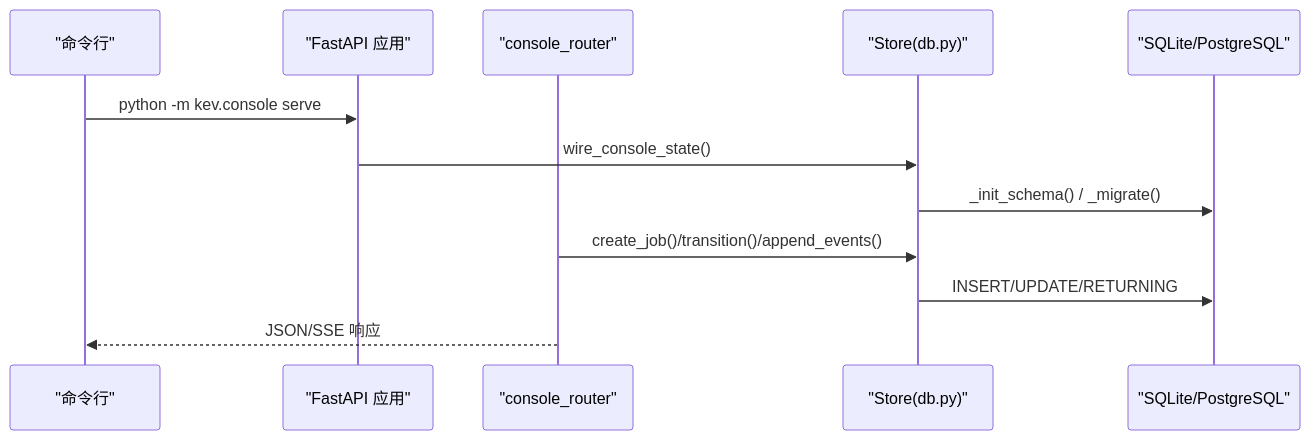
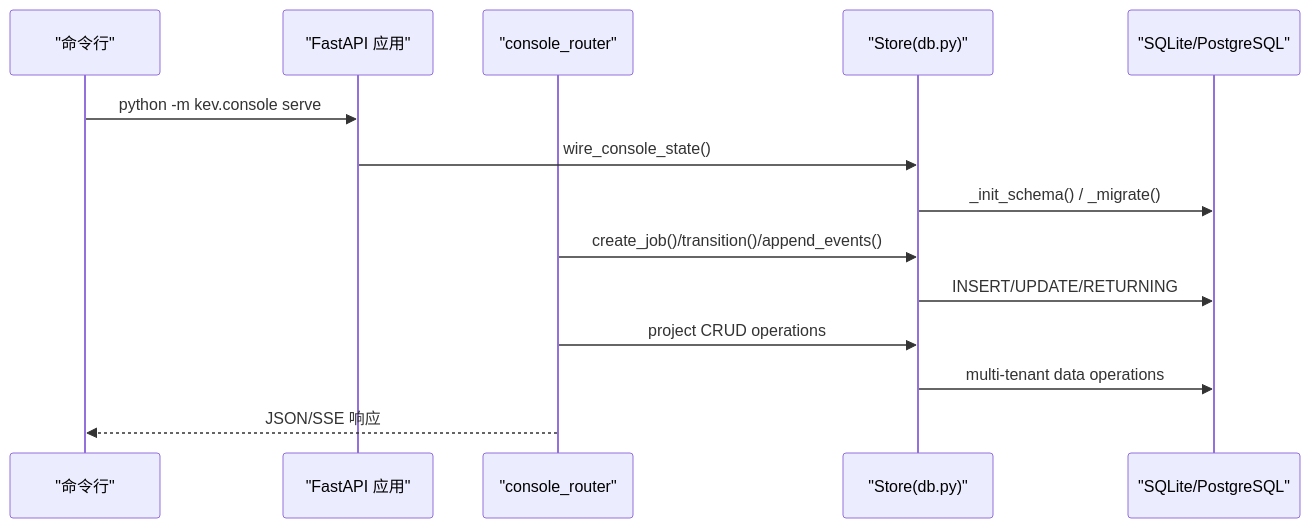
Before and after one commit to joezxh/kev: the second of 15 diagrams in .qoder/repowiki/zh/content/训练框架/控制台数据库持久化系统.md, drawn with Mermaid. The commit also changed other lines of this file and 124 other files, not shown here.

````diff
--- a/.qoder/repowiki/zh/content/训练框架/控制台数据库持久化系统.md
+++ b/.qoder/repowiki/zh/content/训练框架/控制台数据库持久化系统.md
@@ -67,14 +80,16 @@
 ```mermaid
 sequenceDiagram
 participant CLI as "命令行"
 participant App as "FastAPI 应用"
 participant Router as "console_router"
 participant Store as "Store(db.py)"
 participant DB as "SQLite/PostgreSQL"
 CLI->>App : python -m kev.console serve
 App->>Store : wire_console_state()
 Store->>DB : _init_schema() / _migrate()
 Router->>Store : create_job()/transition()/append_events()
 Store->>DB : INSERT/UPDATE/RETURNING
+Router->>Store : project CRUD operations
+Store->>DB : multi-tenant data operations
 Router-->>CLI : JSON/SSE 响应
 ```
````
